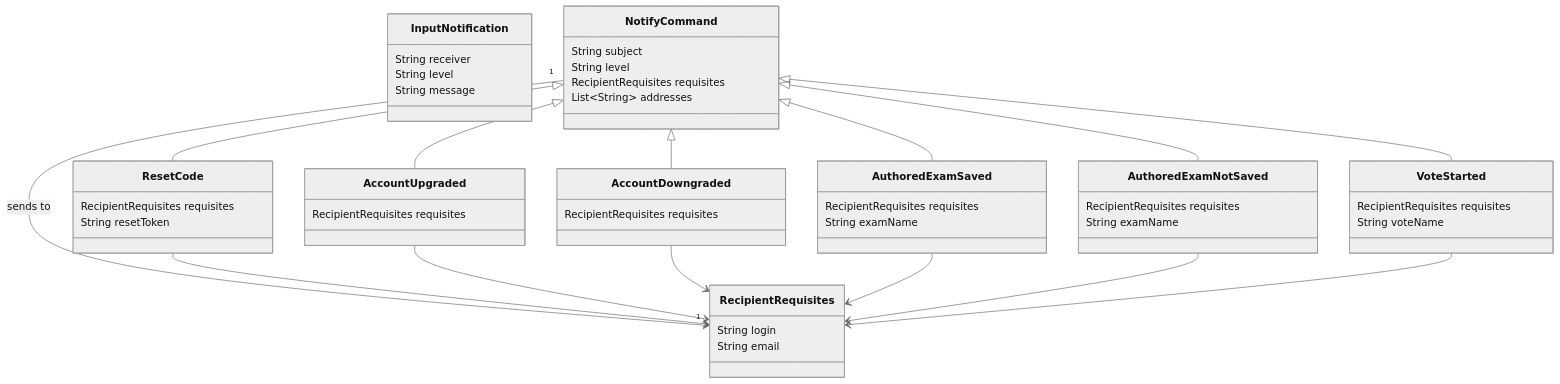
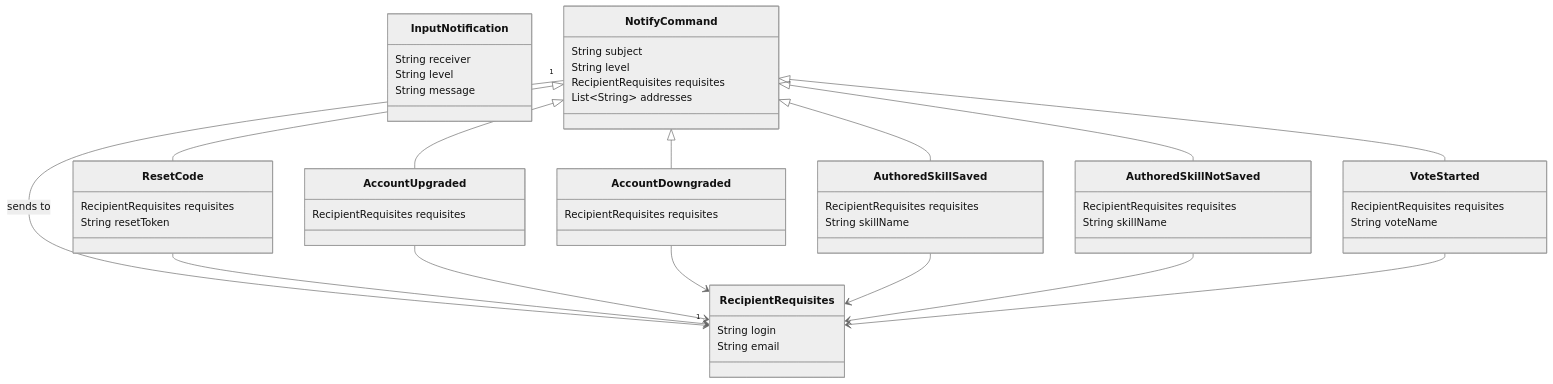
Before and after one commit to Provve/back: the third of 6 diagrams in README.md, drawn with Mermaid (neutral theme). The commit also changed other lines of this file and 4 other files, not shown here.

````diff
--- a/README.md
+++ b/README.md
@@ -108,62 +109,62 @@
 ```mermaid
 classDiagram
     class InputNotification {
         String receiver
         String level
         String message
     }
 
     class NotifyCommand {
         String subject
         String level
         RecipientRequisites requisites
         List~String~ addresses
     }
 
     class RecipientRequisites {
         String login
         String email
     }
 
     class ResetCode {
         RecipientRequisites requisites
         String resetToken
     }
 
     class AccountUpgraded {
         RecipientRequisites requisites
     }
 
     class AccountDowngraded {
         RecipientRequisites requisites
     }
 
-    class AuthoredExamSaved {
+    class AuthoredSkillSaved {
         RecipientRequisites requisites
-        String examName
+        String skillName
     }
 
-    class AuthoredExamNotSaved {
+    class AuthoredSkillNotSaved {
         RecipientRequisites requisites
-        String examName
+        String skillName
     }
 
     class VoteStarted {
         RecipientRequisites requisites
         String voteName
     }
 
     NotifyCommand <|-- ResetCode
     NotifyCommand <|-- AccountUpgraded
     NotifyCommand <|-- AccountDowngraded
-    NotifyCommand <|-- AuthoredExamSaved
-    NotifyCommand <|-- AuthoredExamNotSaved
+    NotifyCommand <|-- AuthoredSkillSaved
+    NotifyCommand <|-- AuthoredSkillNotSaved
     NotifyCommand <|-- VoteStarted
     NotifyCommand "1" --> "1" RecipientRequisites: sends to
     ResetCode --> RecipientRequisites
     AccountUpgraded --> RecipientRequisites
     AccountDowngraded --> RecipientRequisites
-    AuthoredExamSaved --> RecipientRequisites
-    AuthoredExamNotSaved --> RecipientRequisites
+    AuthoredSkillSaved --> RecipientRequisites
+    AuthoredSkillNotSaved --> RecipientRequisites
     VoteStarted --> RecipientRequisites
 ```
````
